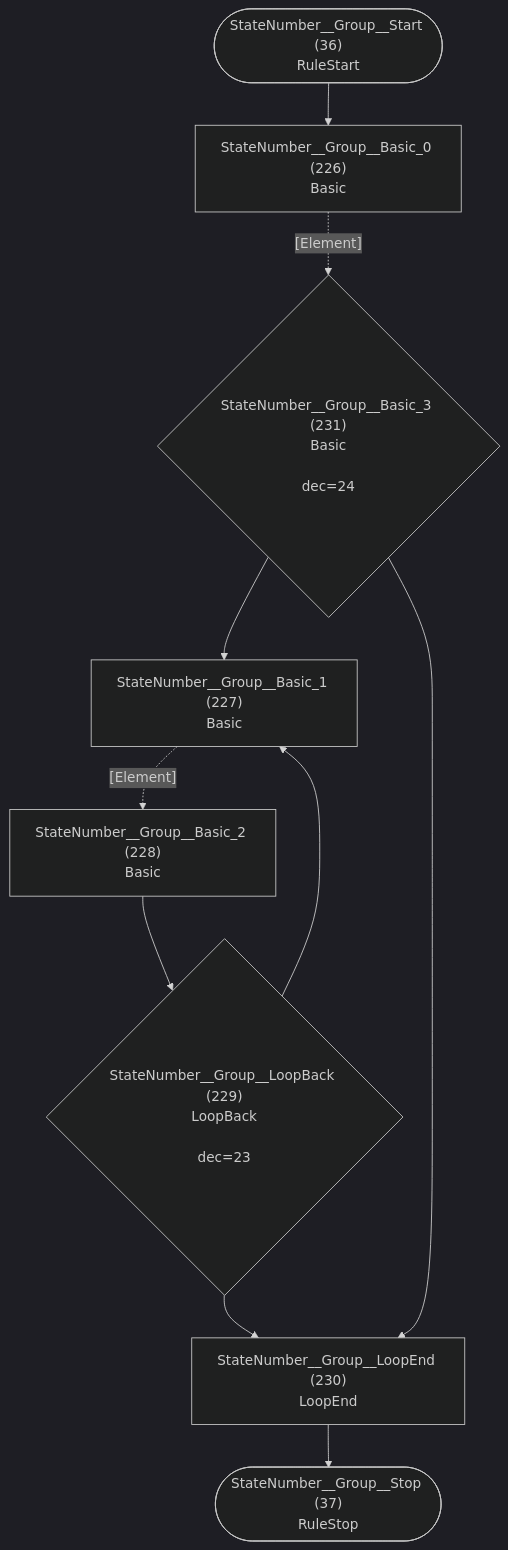
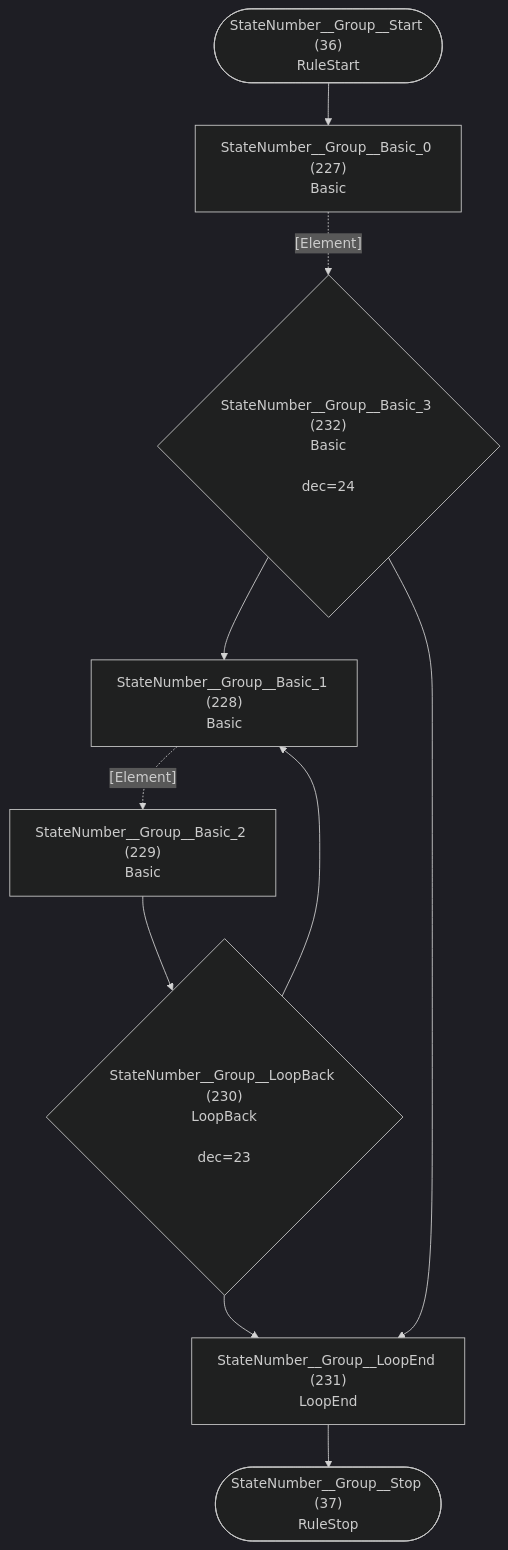
Before and after one commit to TypeFox/fastbelt: diagram 19 of 32 in internal/grammar/atn.md, drawn with Mermaid (dark theme). The commit also changed other lines of this file and 6 other files, not shown here.

````diff
--- a/internal/grammar/atn.md
+++ b/internal/grammar/atn.md
@@ -540,21 +542,21 @@
 ```mermaid
 flowchart TD
     q36(["StateNumber__Group__Start (36)<br/>RuleStart"])
     q37(["StateNumber__Group__Stop (37)<br/>RuleStop"])
-    q226["StateNumber__Group__Basic_0 (226)<br/>Basic<br/>"]
-    q227["StateNumber__Group__Basic_1 (227)<br/>Basic<br/>"]
-    q228["StateNumber__Group__Basic_2 (228)<br/>Basic<br/>"]
-    q229{"StateNumber__Group__LoopBack (229)<br/>LoopBack<br/><br/>dec=23"}
-    q230["StateNumber__Group__LoopEnd (230)<br/>LoopEnd<br/>"]
-    q231{"StateNumber__Group__Basic_3 (231)<br/>Basic<br/><br/>dec=24"}
+    q227["StateNumber__Group__Basic_0 (227)<br/>Basic<br/>"]
+    q228["StateNumber__Group__Basic_1 (228)<br/>Basic<br/>"]
+    q229["StateNumber__Group__Basic_2 (229)<br/>Basic<br/>"]
+    q230{"StateNumber__Group__LoopBack (230)<br/>LoopBack<br/><br/>dec=23"}
+    q231["StateNumber__Group__LoopEnd (231)<br/>LoopEnd<br/>"]
+    q232{"StateNumber__Group__Basic_3 (232)<br/>Basic<br/><br/>dec=24"}
 
-    q36 --> q226
-    q226 -.->|"[Element]"| q231
-    q227 -.->|"[Element]"| q228
-    q228 --> q229
-    q229 --> q227
+    q36 --> q227
+    q227 -.->|"[Element]"| q232
+    q228 -.->|"[Element]"| q229
     q229 --> q230
-    q230 --> q37
-    q231 --> q227
-    q231 --> q230
+    q230 --> q228
+    q230 --> q231
+    q231 --> q37
+    q232 --> q228
+    q232 --> q231
 ```
````
